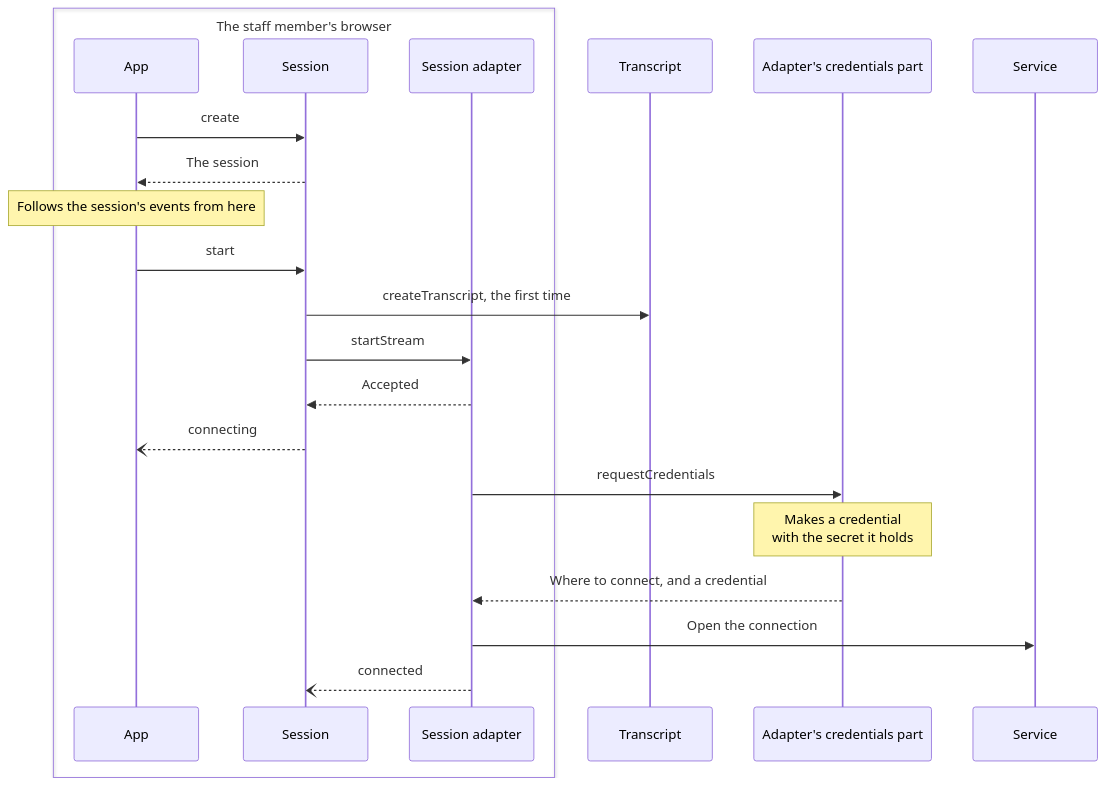
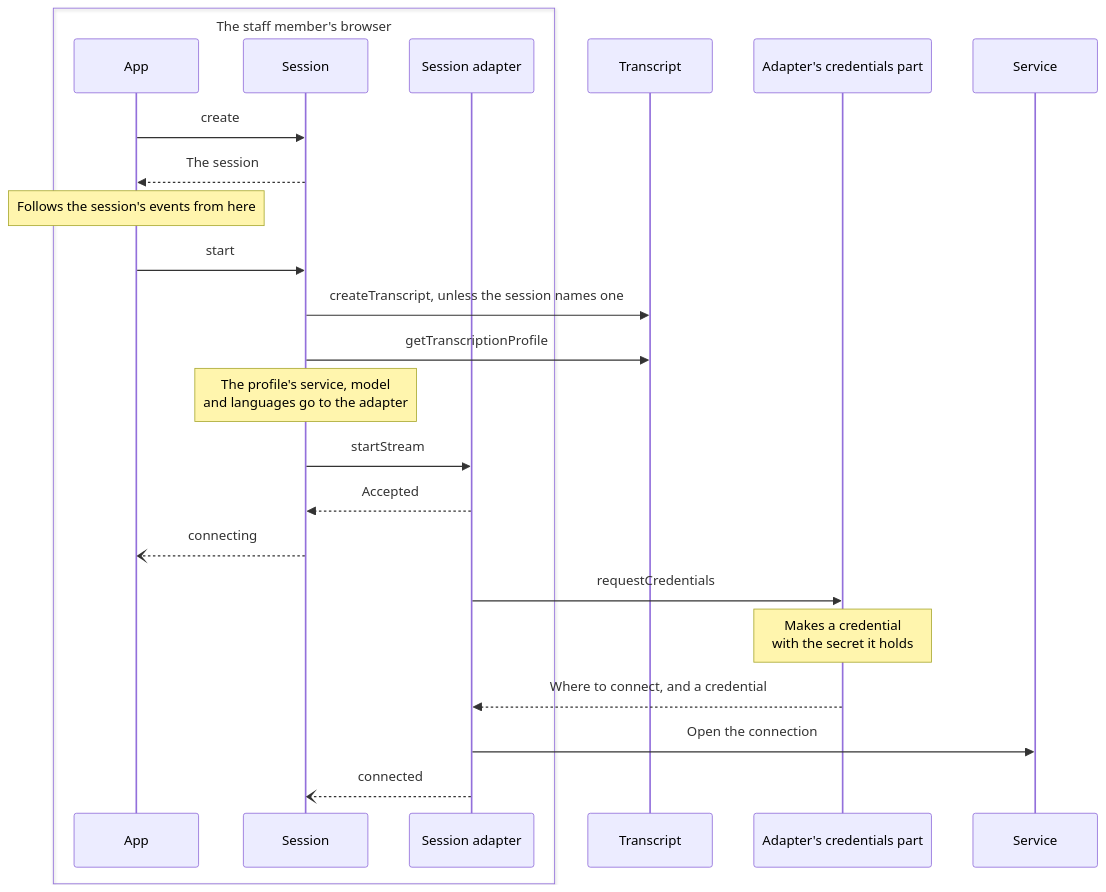
One commit to codeforamerica/safety-net-blueprint changed the second of 8 diagrams in docs/architecture/domains/communication-transcripts.md. Above: the diagram before and after it, drawn with Mermaid. The commit also changed other lines of this file, not shown here.

````diff
--- a/docs/architecture/domains/communication-transcripts.md
+++ b/docs/architecture/domains/communication-transcripts.md
@@ -167,25 +168,27 @@
 ```mermaid
 sequenceDiagram
     box The staff member's browser
         participant App
         participant Session
         participant Adapter as Session adapter
     end
     participant Server as Transcript
     participant Issuer as Adapter's credentials part
     participant Service
 
     App->>Session: create
     Session-->>App: The session
     Note over App: Follows the session's events from here
     App->>Session: start
-    Session->>Server: createTranscript, the first time
+    Session->>Server: createTranscript, unless the session names one
+    Session->>Server: getTranscriptionProfile
+    Note over Session: The profile's service, model<br/>and languages go to the adapter
     Session->>Adapter: startStream
     Adapter-->>Session: Accepted
     Session--)App: connecting
     Adapter->>Issuer: requestCredentials
     Note over Issuer: Makes a credential<br/>with the secret it holds
     Issuer-->>Adapter: Where to connect, and a credential
     Adapter->>Service: Open the connection
     Adapter--)Session: connected
 ```
````
